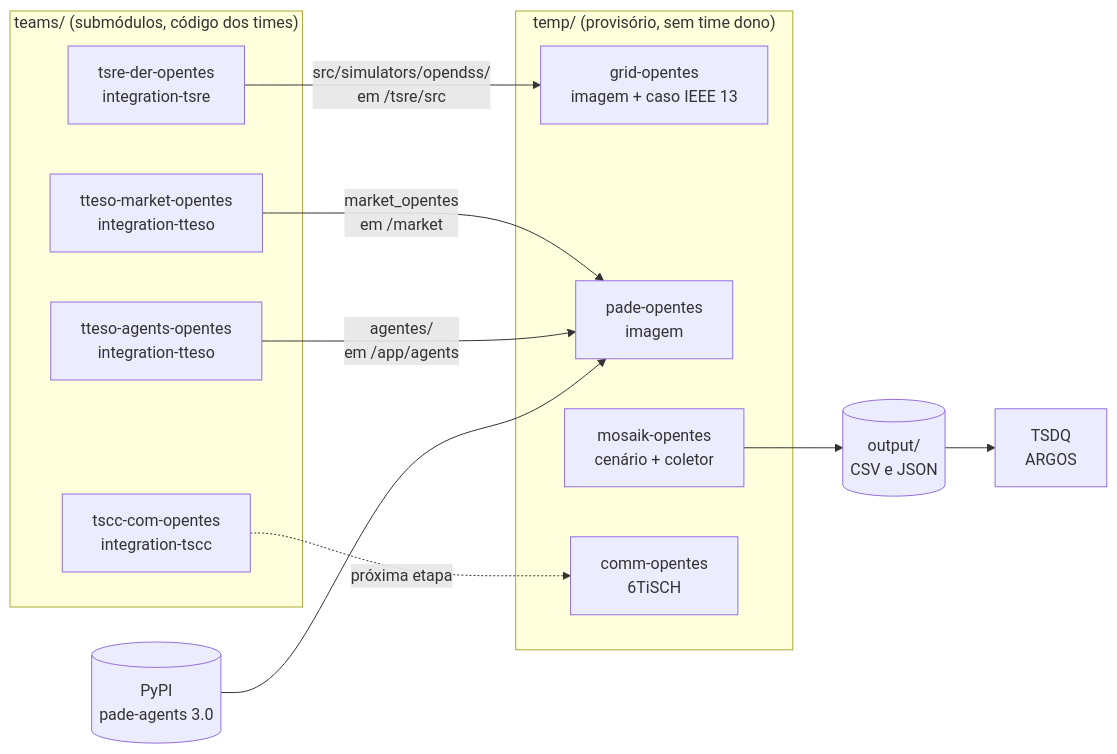
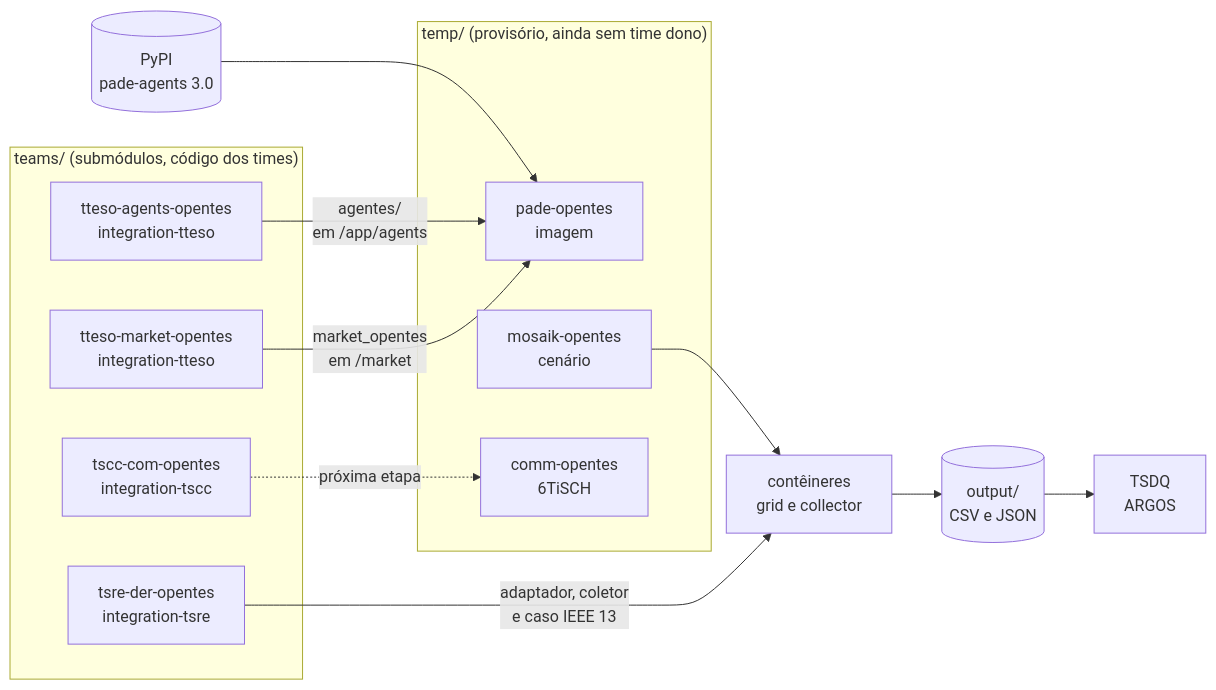
Before and after one commit to grei-ufc/co-simulation-opentes: the diagram in docs/explanation/repositories.md, drawn with Mermaid. The commit also changed other lines of this file and 20 other files, not shown here.

````diff
--- a/docs/explanation/repositories.md
+++ b/docs/explanation/repositories.md
@@ -12,21 +12,22 @@
 ```mermaid
 flowchart LR
     subgraph teams["teams/ (submódulos, código dos times)"]
         T1[tsre-der-opentes<br/>integration-tsre]
         T2[tteso-market-opentes<br/>integration-tteso]
         T3[tteso-agents-opentes<br/>integration-tteso]
         T4[tscc-com-opentes<br/>integration-tscc]
     end
-    subgraph sim["temp/ (provisório, sem time dono)"]
-        G[grid-opentes<br/>imagem + caso IEEE 13]
+    subgraph sim["temp/ (provisório, ainda sem time dono)"]
         P[pade-opentes<br/>imagem]
-        M[mosaik-opentes<br/>cenário + coletor]
+        M[mosaik-opentes<br/>cenário]
         C[comm-opentes<br/>6TiSCH]
     end
-    T1 -- "src/simulators/opendss/<br/>em /tsre/src" --> G
+    T1 -- "adaptador, coletor<br/>e caso IEEE 13" --> GC[contêineres<br/>grid e collector]
+    GC --> R
     T2 -- "market_opentes<br/>em /market" --> P
     T3 -- "agentes/<br/>em /app/agents" --> P
     T4 -. "próxima etapa" .-> C
     PyPI[(PyPI<br/>pade-agents 3.0)] --> P
-    M --> R[(output/<br/>CSV e JSON)] --> D[TSDQ<br/>ARGOS]
+    M --> GC
+    R[(output/<br/>CSV e JSON)] --> D[TSDQ<br/>ARGOS]
 ```
````
